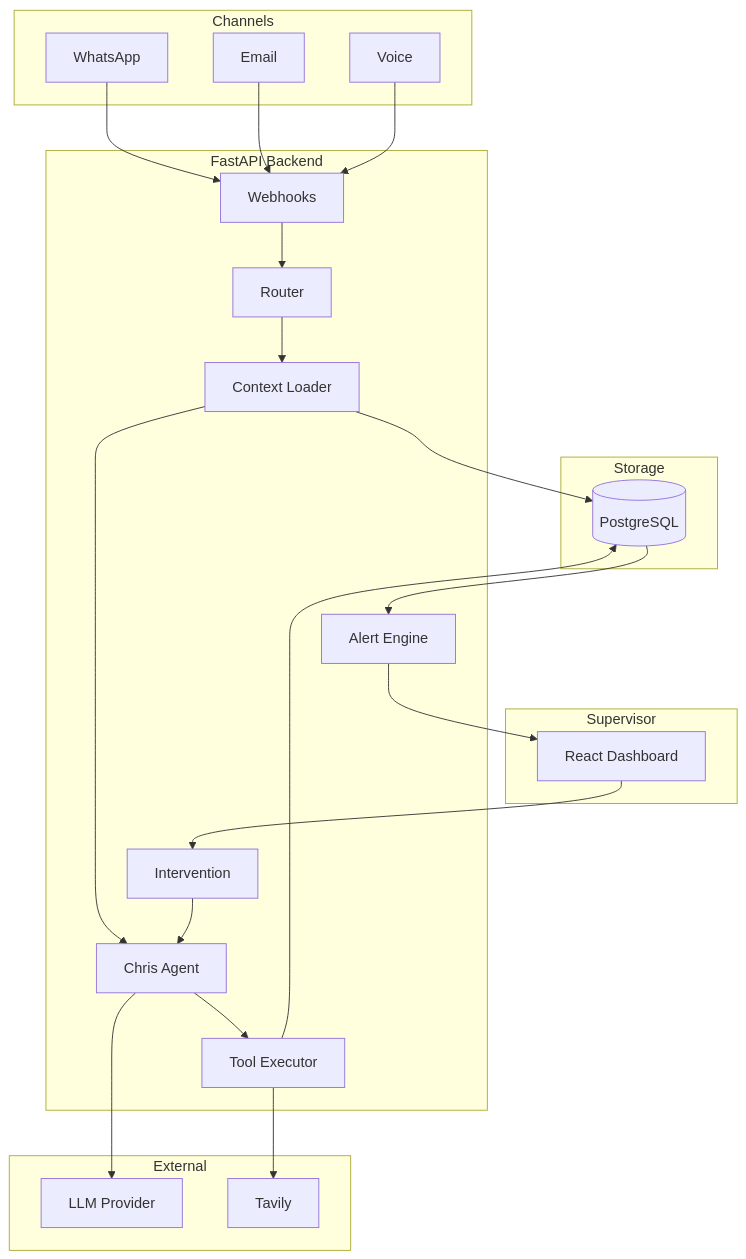
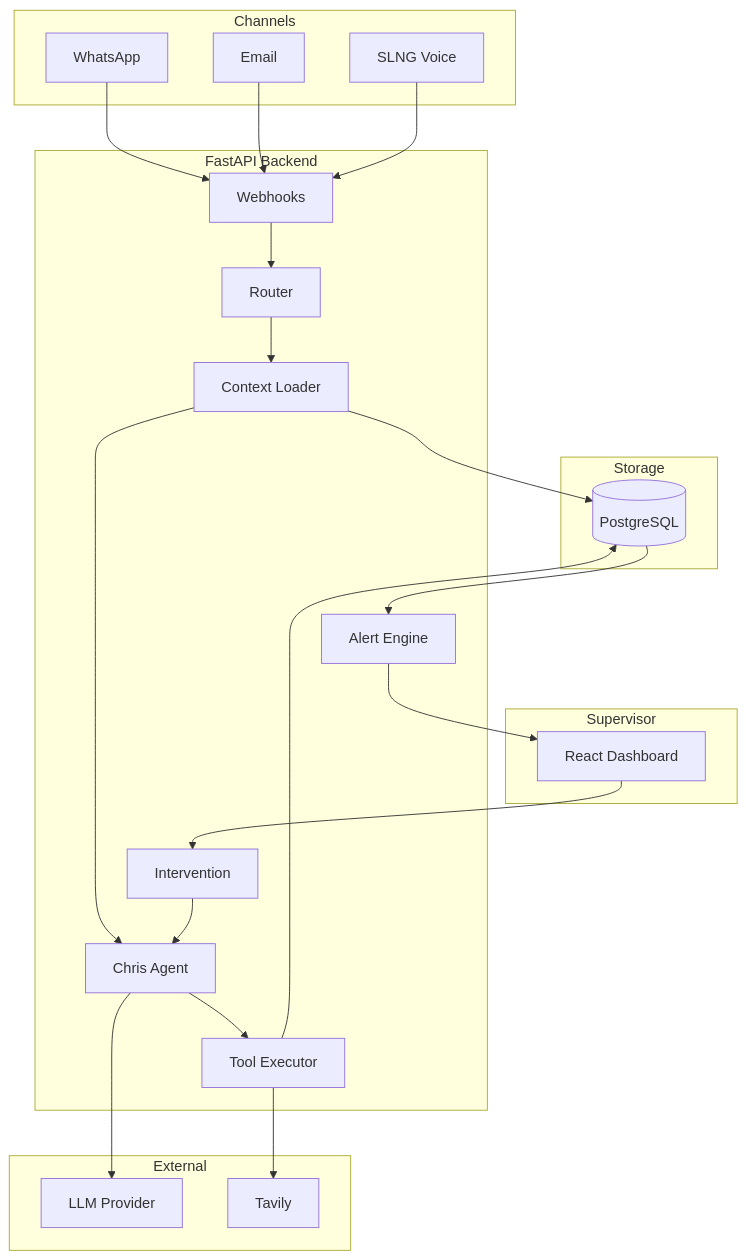
The first of 2 diagrams in docs/02-architecture.md (hamza-hnt/Chris.ai), drawn with Mermaid before and after one commit. The commit also changed 20 other files, not shown here.

````diff
--- a/docs/02-architecture.md
+++ b/docs/02-architecture.md
@@ -6,47 +6,47 @@
 ```mermaid
 flowchart TB
     subgraph Channels
         WA[WhatsApp]
         EM[Email]
-        VOX[Voice]
+    VOX[SLNG Voice]
     end
 
     subgraph Supervisor
         DASH[React Dashboard]
     end
 
     subgraph Backend["FastAPI Backend"]
         WH[Webhooks]
         ROUTER[Router]
         CTX[Context Loader]
         AGENT[Chris Agent]
         TOOLS[Tool Executor]
         ALERTS[Alert Engine]
         INTV[Intervention]
     end
 
     subgraph Storage
         PG[(PostgreSQL)]
     end
 
     subgraph External
         LLM[LLM Provider]
         TAV[Tavily]
     end
 
     WA --> WH
     EM --> WH
     VOX --> WH
     WH --> ROUTER
     ROUTER --> CTX
     CTX --> PG
     CTX --> AGENT
     AGENT --> LLM
     AGENT --> TOOLS
     TOOLS --> TAV
     TOOLS --> PG
     PG --> ALERTS
     ALERTS --> DASH
     DASH --> INTV
     INTV --> AGENT
 ```
````
